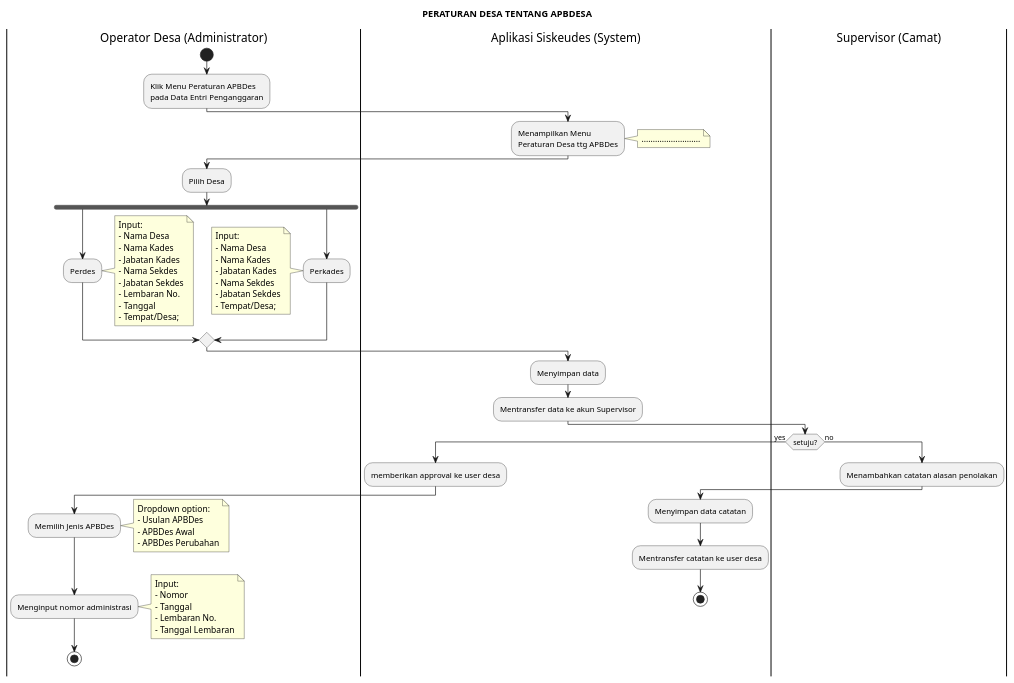
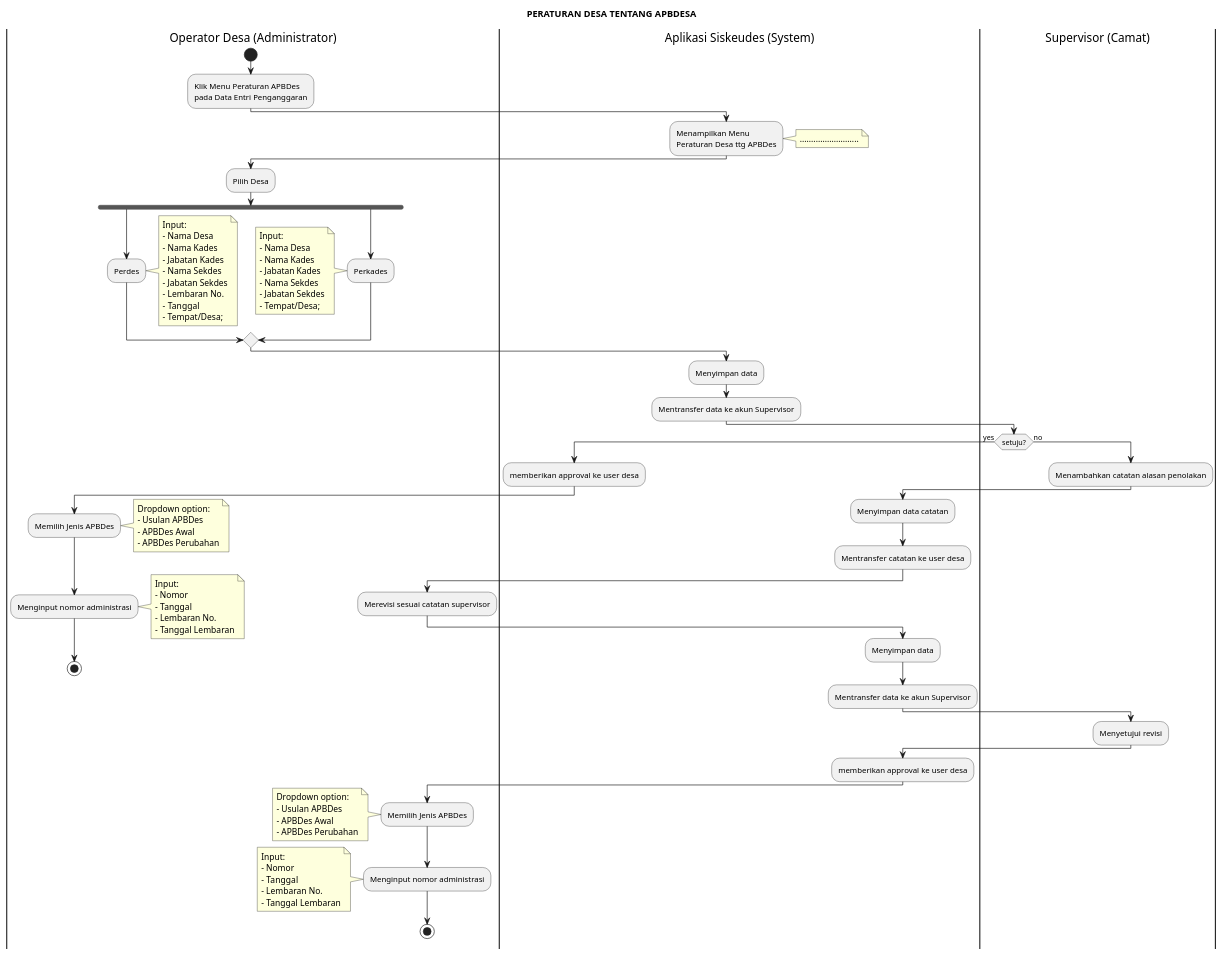
Before and after one commit to diancahyadi86/ProbisSiskudesWeb: the diagram in Act Diagram/ANG2_Posting APDDes.puml, drawn with PlantUML. The commit also changed 1 other file, not shown here.

```diff
--- a/Act Diagram/ANG2_Posting APDDes.puml
+++ b/Act Diagram/ANG2_Posting APDDes.puml
@@ -1,77 +1,101 @@
 @startuml
 title "PERATURAN DESA TENTANG APBDESA"
 |Operator Desa (Administrator)|
 start
 :Klik Menu Peraturan APBDes
 pada Data Entri Penganggaran;
 |Aplikasi Siskeudes (System)|
 |Supervisor (Camat)|
 |Aplikasi Siskeudes (System)|
 :Menampilkan Menu
 Peraturan Desa ttg APBDes;
 note right
     ..........................
 end note
 |Operator Desa (Administrator)|
 :Pilih Desa;
 fork
 :Perdes;
 note right
 Input:
 - Nama Desa
 - Nama Kades
 - Jabatan Kades
 - Nama Sekdes
 - Jabatan Sekdes
 - Lembaran No.
 - Tanggal
 - Tempat/Desa;
 endnote
 fork again
 :Perkades;
 note left
 Input:
 - Nama Desa
 - Nama Kades
 - Jabatan Kades
 - Nama Sekdes
 - Jabatan Sekdes
 - Tempat/Desa;
 end note
 end merge
 |Aplikasi Siskeudes (System)|
 :Menyimpan data;
 :Mentransfer data ke akun Supervisor;
 |Supervisor (Camat)|
 if (setuju?) then (yes);
 |Aplikasi Siskeudes (System)|
 :memberikan approval ke user desa;
 |Operator Desa (Administrator)|
 :Memilih Jenis APBDes;
 note right
 Dropdown option:
 - Usulan APBDes
 - APBDes Awal
 - APBDes Perubahan
 end note
 :Menginput nomor administrasi;
 note right
 Input:
 - Nomor
 - Tanggal
 - Lembaran No.
 - Tanggal Lembaran
 endnote
 stop    
 |Supervisor (Camat)|
 else (no)
 :Menambahkan catatan alasan penolakan;
 |Aplikasi Siskeudes (System)|
 :Menyimpan data catatan;
 :Mentransfer catatan ke user desa;
-stop
-
+|Operator Desa (Administrator)|
+:Merevisi sesuai catatan supervisor;
+|Aplikasi Siskeudes (System)|
+:Menyimpan data;
+:Mentransfer data ke akun Supervisor;
+|Supervisor (Camat)|
+:Menyetujui revisi;
+|Aplikasi Siskeudes (System)|
+:memberikan approval ke user desa;
+|Operator Desa (Administrator)|
+:Memilih Jenis APBDes;
+note left
+Dropdown option:
+- Usulan APBDes
+- APBDes Awal
+- APBDes Perubahan
+end note
+:Menginput nomor administrasi;
+note left
+Input:
+- Nomor
+- Tanggal
+- Lembaran No.
+- Tanggal Lembaran
+endnote
+stop    
 
 
 
 @enduml
```
